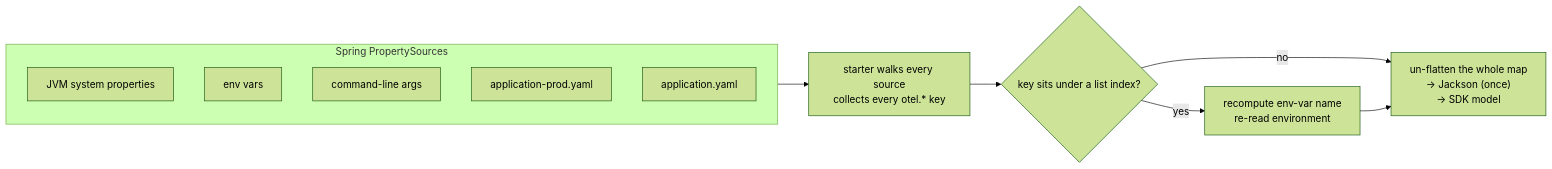
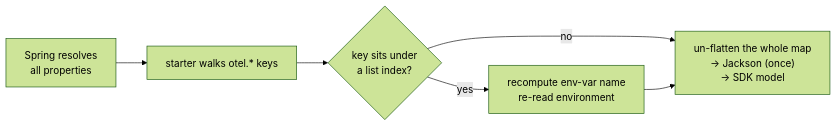
One commit to open-telemetry/opentelemetry.io changed the first of 3 diagrams in content/en/blog/2026/spring-boot-declarative-config/index.md. Above: the diagram before and after it, drawn with Mermaid (forest theme). The commit also changed other lines of this file, not shown here.

First line of the commit message:
blog: tighten stage 2, simplify stage 1 diagram, ensure prose stands alone

````diff
--- a/content/en/blog/2026/spring-boot-declarative-config/index.md
+++ b/content/en/blog/2026/spring-boot-declarative-config/index.md
@@ -185,16 +186,8 @@
 ```mermaid
 flowchart LR
-  subgraph PS[Spring PropertySources]
-    direction TB
-    P1[JVM system properties]
-    P2[env vars]
-    P3[command-line args]
-    P4[application-prod.yaml]
-    P5[application.yaml]
-  end
-  PS --> W["starter walks every source<br/>collects every otel.* key"]
-  W --> SEAM{"key sits under a list index?"}
+  S["Spring resolves<br/>all properties"] --> W["starter walks otel.* keys"]
+  W --> SEAM{"key sits under<br/>a list index?"}
   SEAM -- no --> OUT["un-flatten the whole map<br/>→ Jackson (once)<br/>→ SDK model"]
   SEAM -- yes --> RE["recompute env-var name<br/>re-read environment"]
   RE --> OUT
 ```
````
